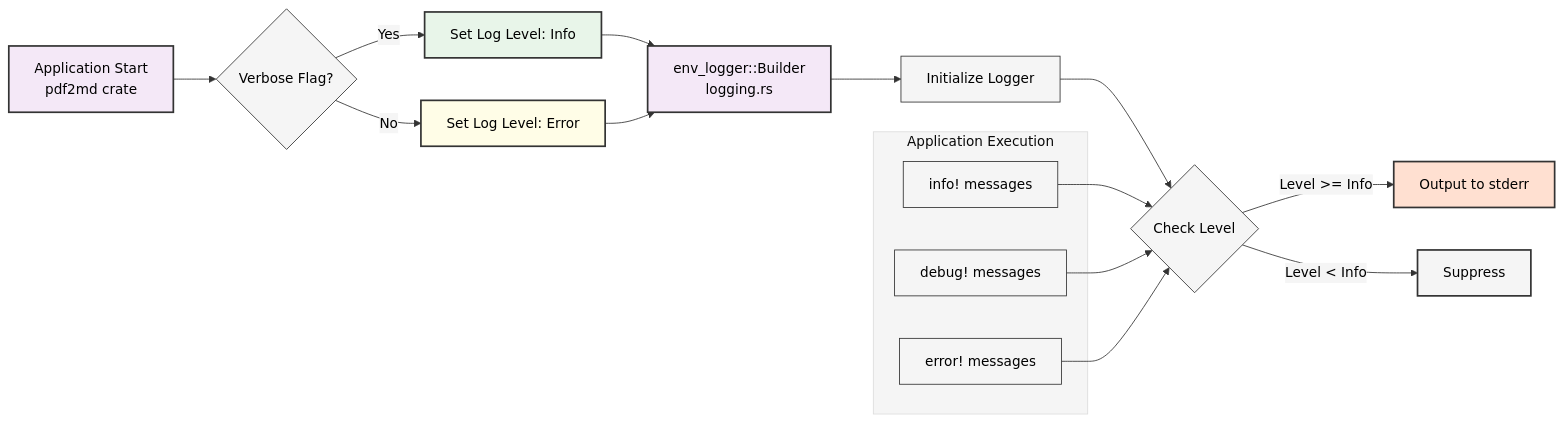
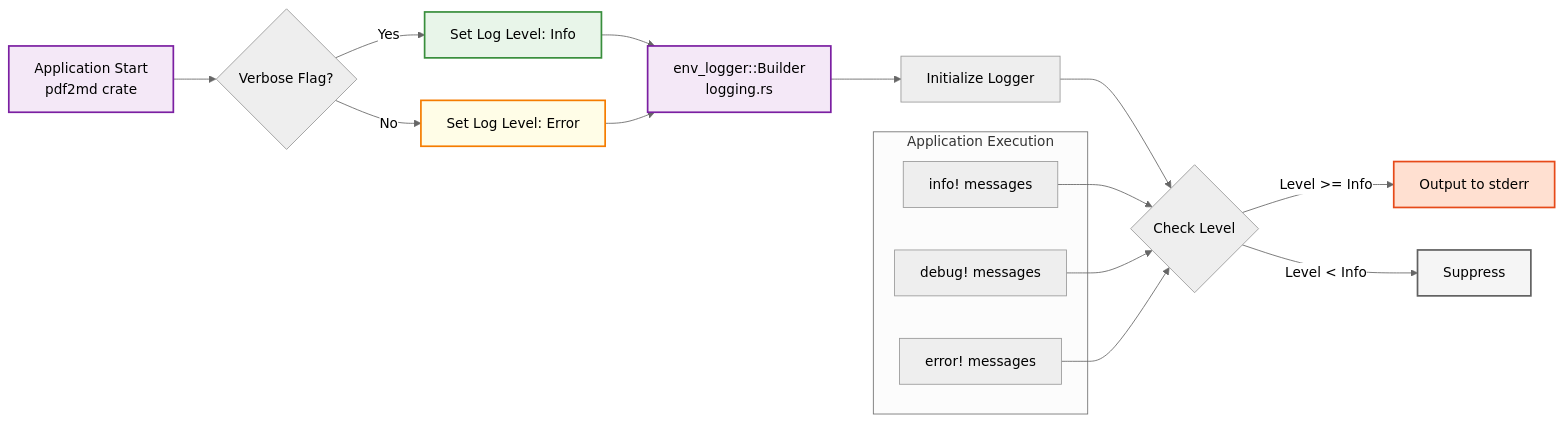
The seventh of 8 diagrams in wiki/Architecture-Diagrams.md (softwarewrighter/pdf2md), drawn with Mermaid before and after one commit. The commit also changed other lines of this file and 7 other files, not shown here.

First line of the commit message:
fix: update mermaid diagrams for GitHub dark mode compatibility

````diff
--- a/wiki/Architecture-Diagrams.md
+++ b/wiki/Architecture-Diagrams.md
@@ -333,33 +333,33 @@
 ```mermaid
-%%{init: {'theme':'base', 'themeVariables': {'primaryColor':'#f5f5f5','primaryTextColor':'#000','primaryBorderColor':'#333','lineColor':'#333','secondaryColor':'#f5f5f5','tertiaryColor':'#f5f5f5'}}}%%
+%%{init: {'theme':'neutral'}}%%
 flowchart LR
     A[Application Start<br/>pdf2md crate] --> B{Verbose Flag?}
     B -->|Yes| C[Set Log Level: Info]
     B -->|No| D[Set Log Level: Error]
 
     C --> E[env_logger::Builder<br/>logging.rs]
     D --> E
 
     E --> F[Initialize Logger]
 
     subgraph "Application Execution"
         G[info! messages]
         H[debug! messages]
         I[error! messages]
     end
 
     F --> J{Check Level}
     G --> J
     H --> J
     I --> J
 
     J -->|Level >= Info| K[Output to stderr]
     J -->|Level < Info| L[Suppress]
 
-    style A fill:#f4e8f7,stroke:#333,stroke-width:2px,color:#000
-    style C fill:#e8f5e9,stroke:#333,stroke-width:2px,color:#000
-    style D fill:#fffde7,stroke:#333,stroke-width:2px,color:#000
-    style E fill:#f4e8f7,stroke:#333,stroke-width:2px,color:#000
-    style K fill:#ffe0d1,stroke:#333,stroke-width:2px,color:#000
-    style L fill:#f5f5f5,stroke:#333,stroke-width:2px,color:#000
+    style A fill:#f4e8f7,stroke:#7b1fa2,stroke-width:2px
+    style C fill:#e8f5e9,stroke:#388e3c,stroke-width:2px
+    style D fill:#fffde7,stroke:#f57c00,stroke-width:2px
+    style E fill:#f4e8f7,stroke:#7b1fa2,stroke-width:2px
+    style K fill:#ffe0d1,stroke:#e64a19,stroke-width:2px
+    style L fill:#f5f5f5,stroke:#616161,stroke-width:2px
 ```
````
